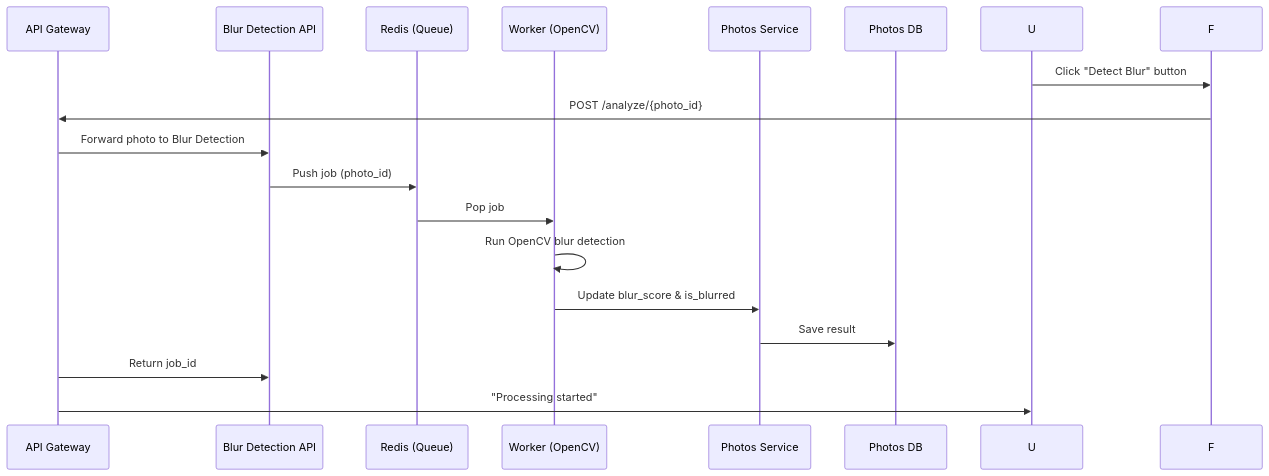
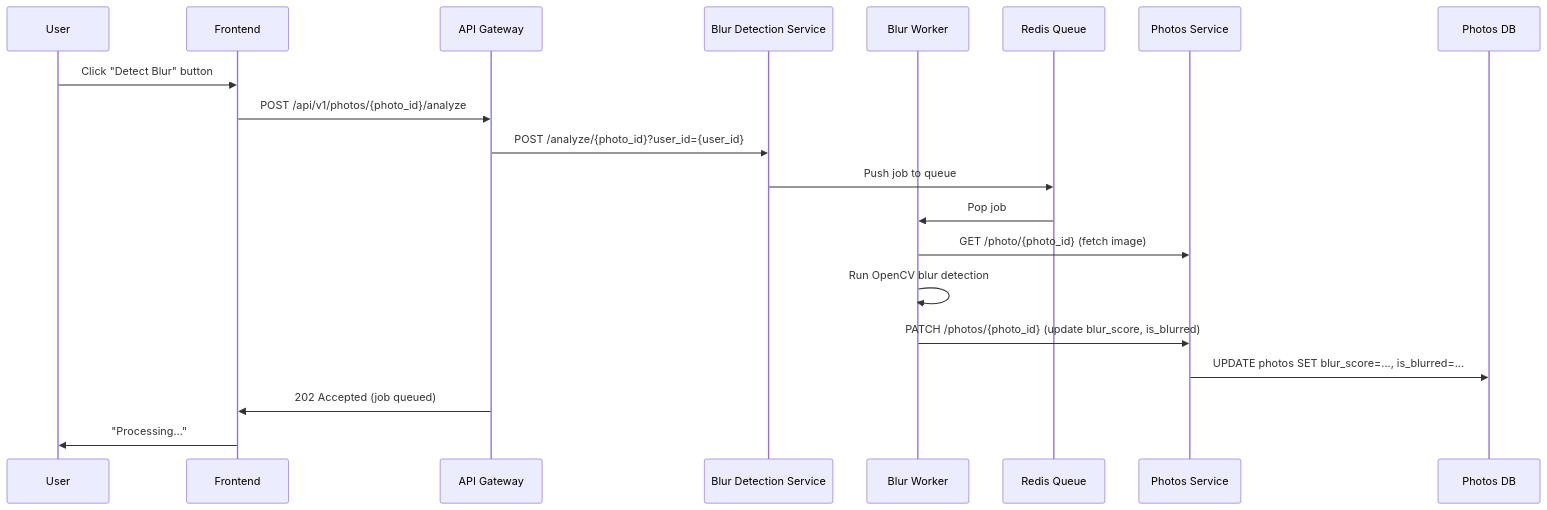
Before and after one commit to edu-ai/classify: the fifth of 6 diagrams in README.md, drawn with Mermaid. The commit also changed other lines of this file and 8 other files, not shown here.

````diff
--- a/README.md
+++ b/README.md
@@ -236,20 +355,23 @@
 ```mermaid
 sequenceDiagram
-    participant API as API Gateway
-    participant B as Blur Detection API
-    participant R as Redis (Queue)
-    participant W as Worker (OpenCV)
+    participant U as User
+    participant F as Frontend
+    participant AG as API Gateway
+    participant BD as Blur Detection Service
+    participant W as Blur Worker
+    participant R as Redis Queue
     participant P as Photos Service
     participant DB as Photos DB
 
     U->>F: Click "Detect Blur" button
-    F->>API: POST /analyze/{photo_id}
-    API->>B: Forward photo to Blur Detection
-    B->>R: Push job (photo_id)
+    F->>AG: POST /api/v1/photos/{photo_id}/analyze
+    AG->>BD: POST /analyze/{photo_id}?user_id={user_id}
+    BD->>R: Push job to queue
     R->>W: Pop job
+    W->>P: GET /photo/{photo_id} (fetch image)
     W->>W: Run OpenCV blur detection
-    W->>P: Update blur_score & is_blurred
-    P->>DB: Save result
-    API->>B: Return job_id
-    API->>U: "Processing started"
+    W->>P: PATCH /photos/{photo_id} (update blur_score, is_blurred)
+    P->>DB: UPDATE photos SET blur_score=..., is_blurred=...
+    AG->>F: 202 Accepted (job queued)
+    F->>U: "Processing..."
 ```
````
